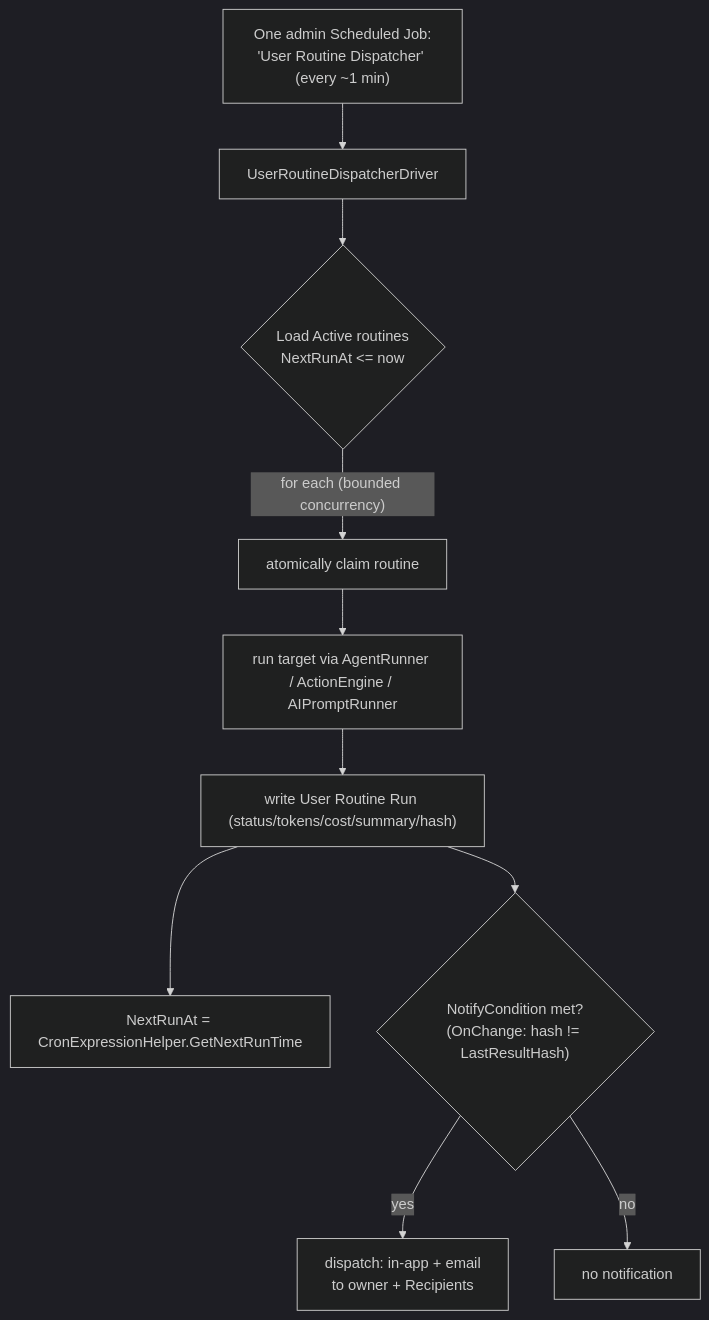
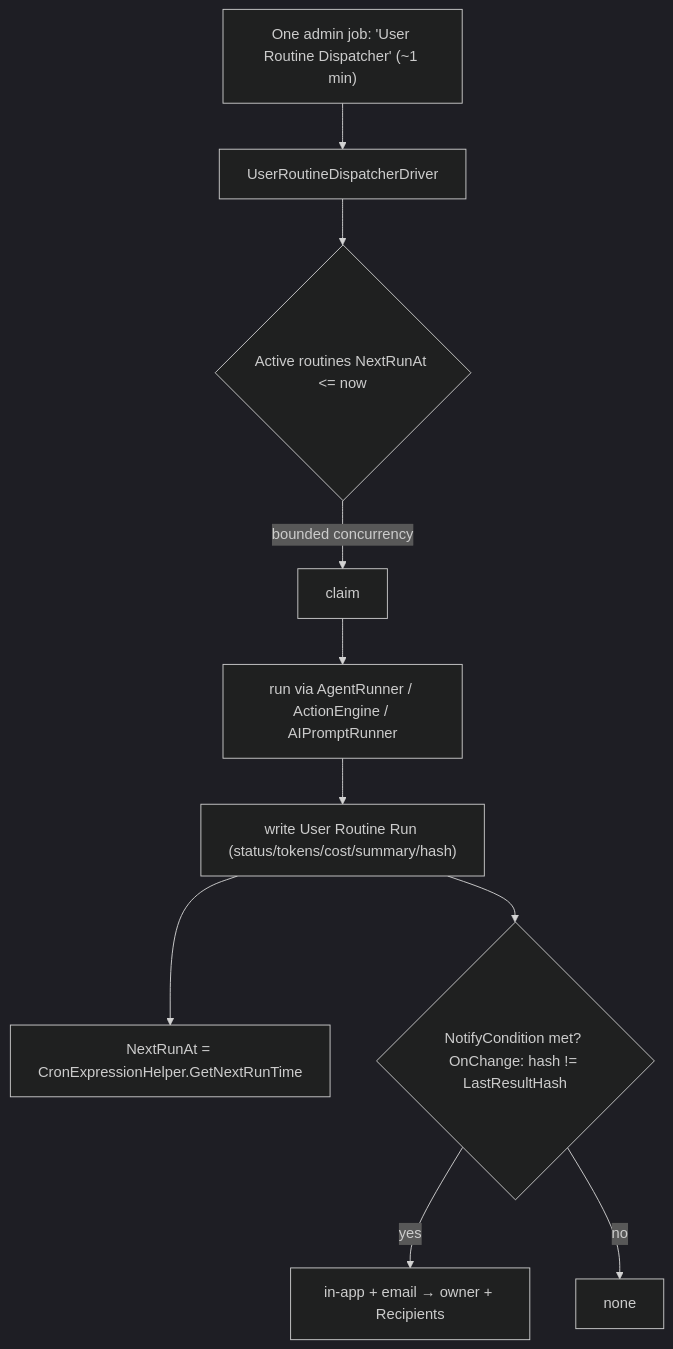
Before and after one commit to MemberJunction/MJ: the sixth of 9 diagrams in plans/conversations-mega-phase-1-wbs.md, drawn with Mermaid (dark theme). The commit also changed other lines of this file, not shown here.

````diff
--- a/plans/conversations-mega-phase-1-wbs.md
+++ b/plans/conversations-mega-phase-1-wbs.md
@@ -309,12 +242,11 @@
 ```mermaid
 flowchart TB
-  CRON["One admin Scheduled Job:<br/>'User Routine Dispatcher' (every ~1 min)"] --> DRV["UserRoutineDispatcherDriver"]
-  DRV --> Q{"Load Active routines<br/>NextRunAt <= now"}
-  Q -->|"for each (bounded concurrency)"| CLAIM["atomically claim routine"]
-  CLAIM --> RUN["run target via AgentRunner / ActionEngine / AIPromptRunner"]
+  CRON["One admin job: 'User Routine Dispatcher' (~1 min)"] --> DRV[UserRoutineDispatcherDriver]
+  DRV --> Q{Active routines NextRunAt <= now}
+  Q -->|bounded concurrency| CLAIM[claim] --> RUN["run via AgentRunner / ActionEngine / AIPromptRunner"]
   RUN --> REC["write User Routine Run (status/tokens/cost/summary/hash)"]
   REC --> NEXT["NextRunAt = CronExpressionHelper.GetNextRunTime"]
-  REC --> COND{"NotifyCondition met?<br/>(OnChange: hash != LastResultHash)"}
-  COND -->|yes| NOTIFY["dispatch: in-app + email<br/>to owner + Recipients"]
-  COND -->|no| SKIP["no notification"]
+  REC --> COND{NotifyCondition met? OnChange: hash != LastResultHash}
+  COND -->|yes| NOTIFY["in-app + email → owner + Recipients"]
+  COND -->|no| SKIP[none]
 ```
````
